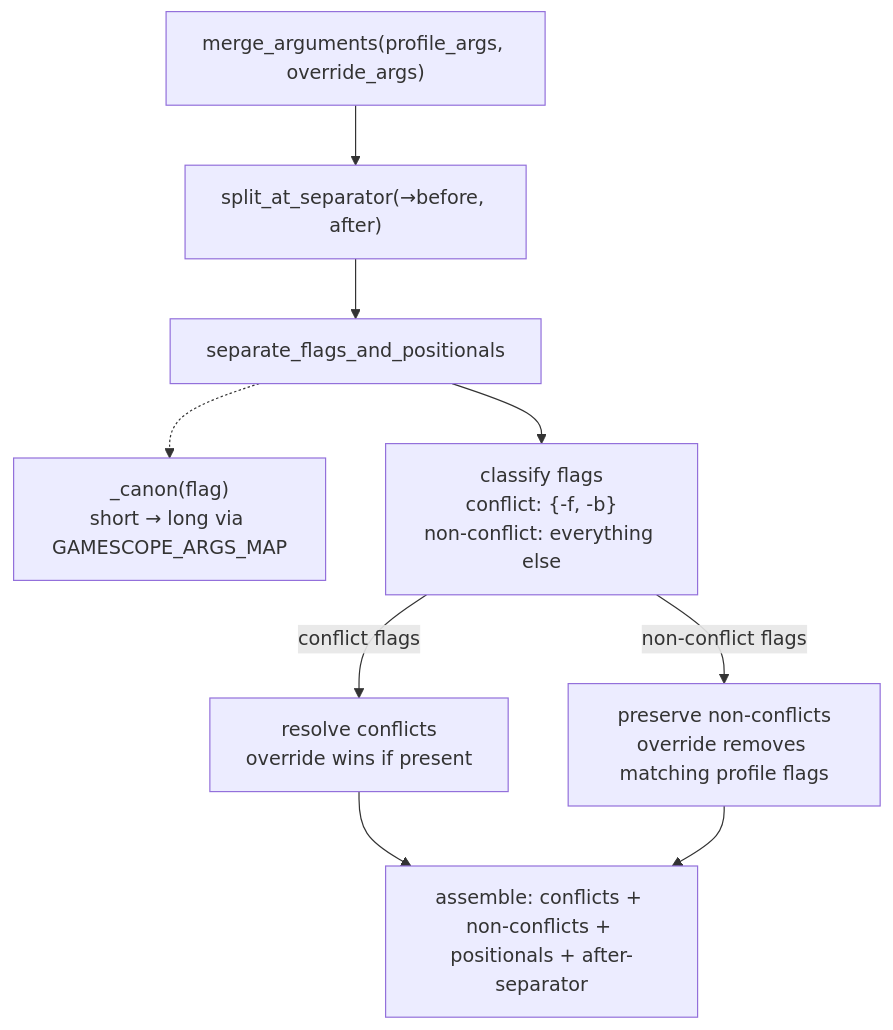
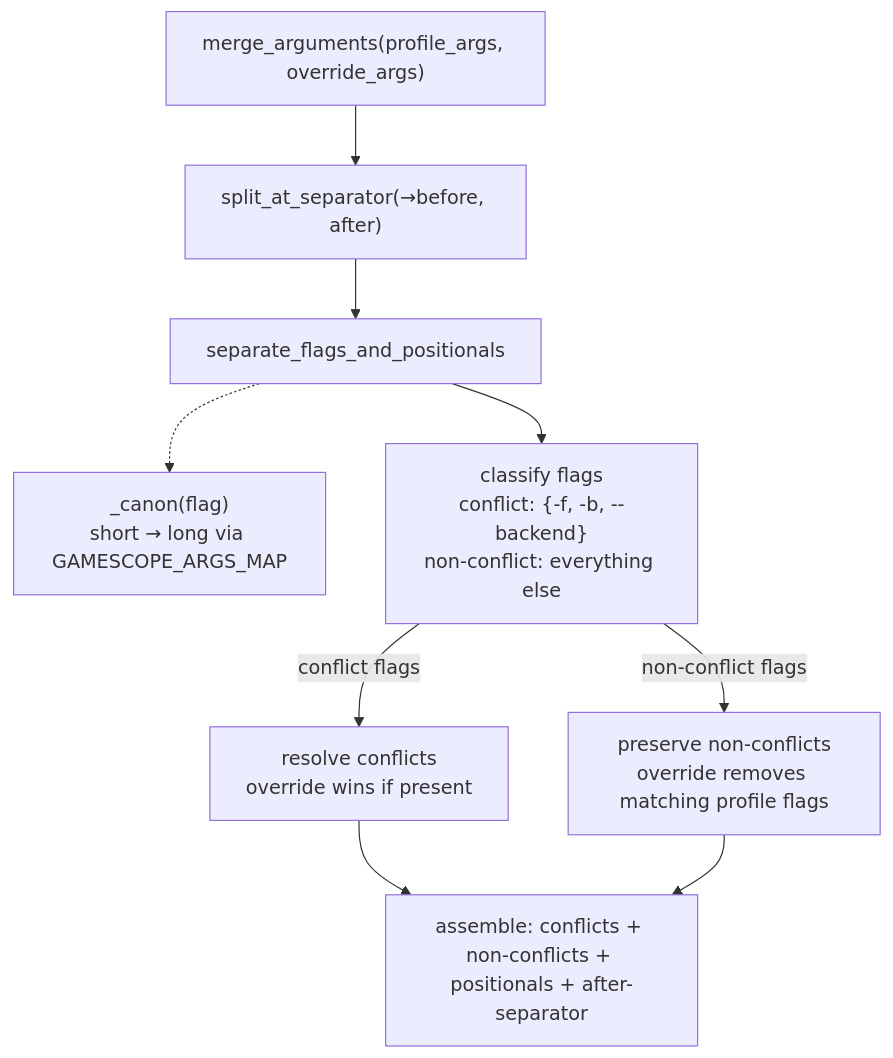
One commit to WombatFromHell/neoscopebuddy changed the fourth of 6 diagrams in DESIGN.md. Above: the diagram before and after it, drawn with Mermaid. The commit also changed 2 other files, not shown here.

Commit message:
Fix multiple '--backend' flags not being merged correctly

````diff
--- a/DESIGN.md
+++ b/DESIGN.md
@@ -221,23 +221,23 @@
 ```mermaid
 graph TD
     IN["merge_arguments(profile_args, override_args)"]
 
     S1["split_at_separator(→before, after)"]
     S2["separate_flags_and_positionals"]
 
     CANON["_canon(flag)<br/>short → long via GAMESCOPE_ARGS_MAP"]
 
-    CLASSIFY["classify flags<br/>conflict: {-f, -b}<br/>non-conflict: everything else"]
+    CLASSIFY["classify flags<br/>conflict: {-f, -b, --backend}<br/>non-conflict: everything else"]
 
     RESOLVE["resolve conflicts<br/>override wins if present"]
     PRESERVE["preserve non-conflicts<br/>override removes matching profile flags"]
 
     ASSEMBLE["assemble: conflicts + non-conflicts + positionals + after-separator"]
 
     IN --> S1 --> S2 --> CLASSIFY
     CLASSIFY -->|"conflict flags"| RESOLVE
     CLASSIFY -->|"non-conflict flags"| PRESERVE
     RESOLVE --> ASSEMBLE
     PRESERVE --> ASSEMBLE
     S2 -.-> CANON
 ```
````
